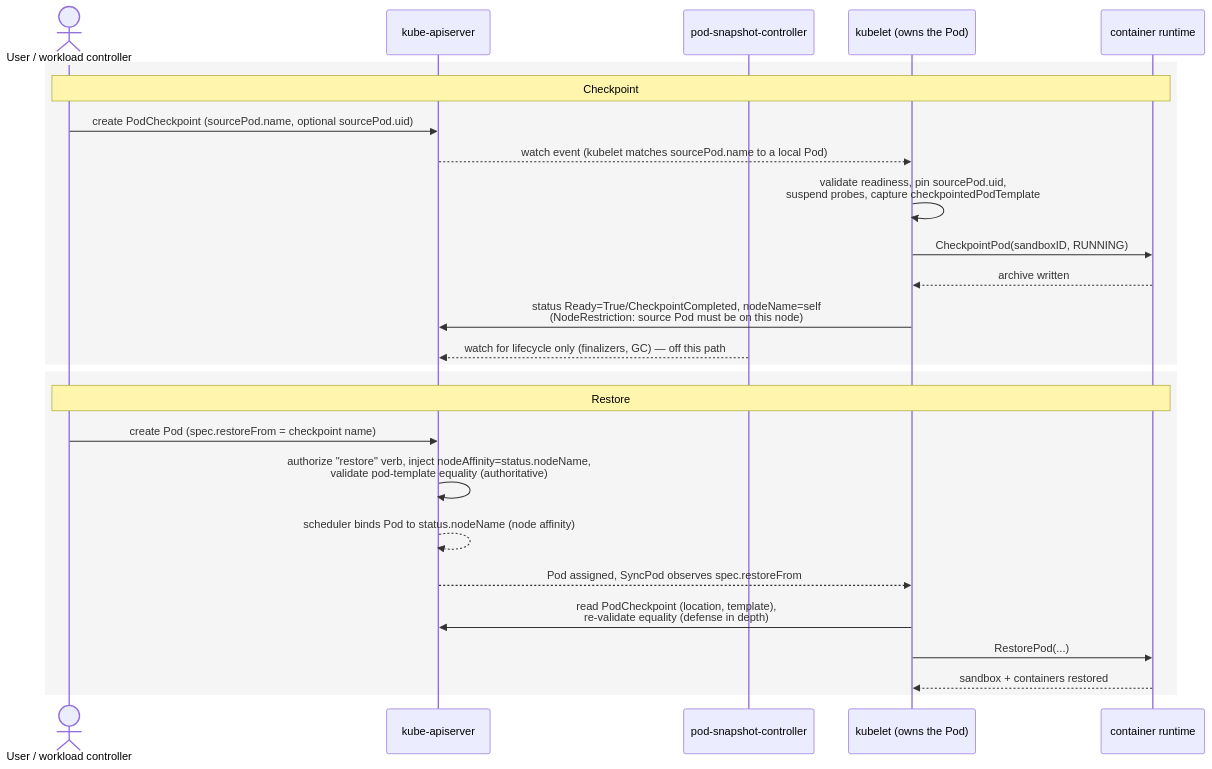
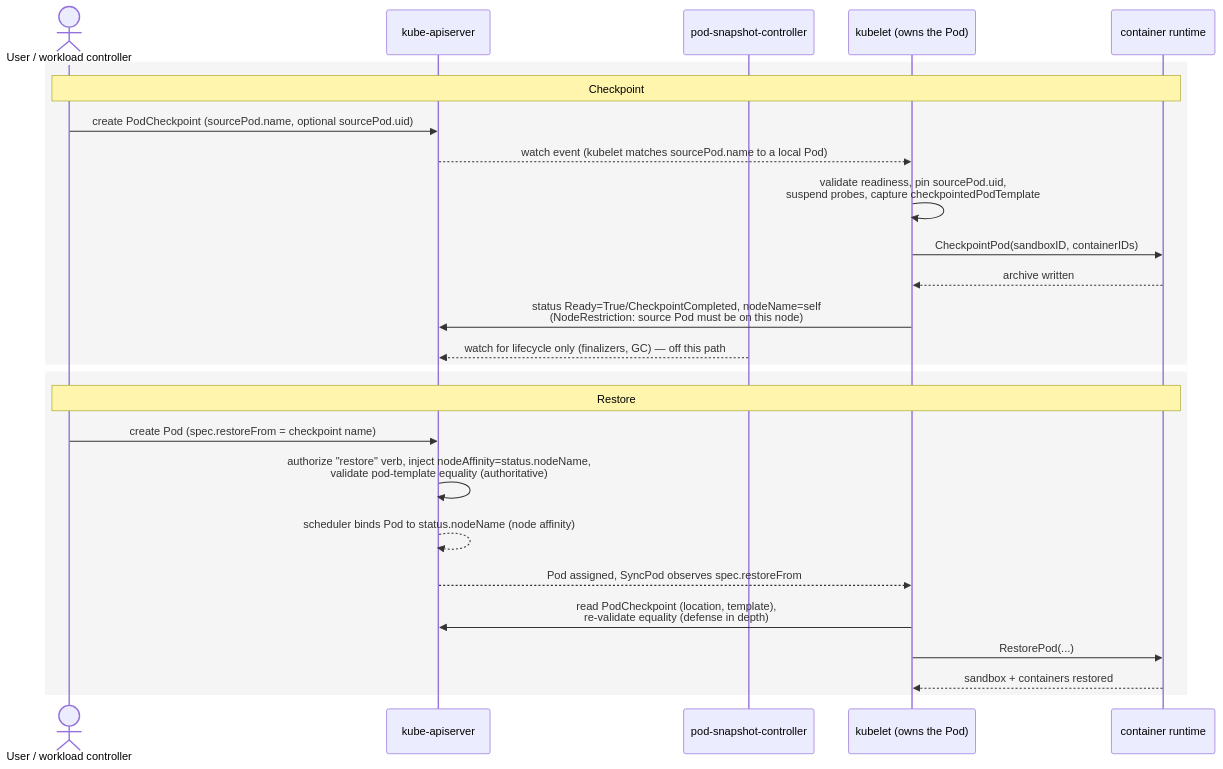
One commit to kubernetes/enhancements changed the diagram in keps/sig-node/5823-pod-level-checkpoint-restore/README.md. Above: the diagram before and after it, drawn with Mermaid. The commit also changed other lines of this file, not shown here.

First line of the commit message:
KEP-5823: Align CRI CheckpointPod and RestorePod with the implementation

````diff
--- a/keps/sig-node/5823-pod-level-checkpoint-restore/README.md
+++ b/keps/sig-node/5823-pod-level-checkpoint-restore/README.md
@@ -902,30 +948,30 @@
 ```mermaid
 sequenceDiagram
     actor User as User / workload controller
     participant API as kube-apiserver
     participant KCM as pod-snapshot-controller
     participant Kubelet as kubelet (owns the Pod)
     participant CRI as container runtime
 
     rect rgb(245,245,245)
     Note over User,CRI: Checkpoint
     User->>API: create PodCheckpoint (sourcePod.name, optional sourcePod.uid)
     API-->>Kubelet: watch event (kubelet matches sourcePod.name to a local Pod)
     Kubelet->>Kubelet: validate readiness, pin sourcePod.uid,<br/>suspend probes, capture checkpointedPodTemplate
-    Kubelet->>CRI: CheckpointPod(sandboxID, RUNNING)
+    Kubelet->>CRI: CheckpointPod(sandboxID, containerIDs)
     CRI-->>Kubelet: archive written
     Kubelet->>API: status Ready=True/CheckpointCompleted, nodeName=self<br/>(NodeRestriction: source Pod must be on this node)
     KCM-->>API: watch for lifecycle only (finalizers, GC) — off this path
     end
 
     rect rgb(245,245,245)
     Note over User,CRI: Restore
     User->>API: create Pod (spec.restoreFrom = checkpoint name)
     API->>API: authorize "restore" verb, inject nodeAffinity=status.nodeName,<br/>validate pod-template equality (authoritative)
     API-->>API: scheduler binds Pod to status.nodeName (node affinity)
     API-->>Kubelet: Pod assigned, SyncPod observes spec.restoreFrom
     Kubelet->>API: read PodCheckpoint (location, template),<br/>re-validate equality (defense in depth)
     Kubelet->>CRI: RestorePod(...)
     CRI-->>Kubelet: sandbox + containers restored
     end
 ```
````
